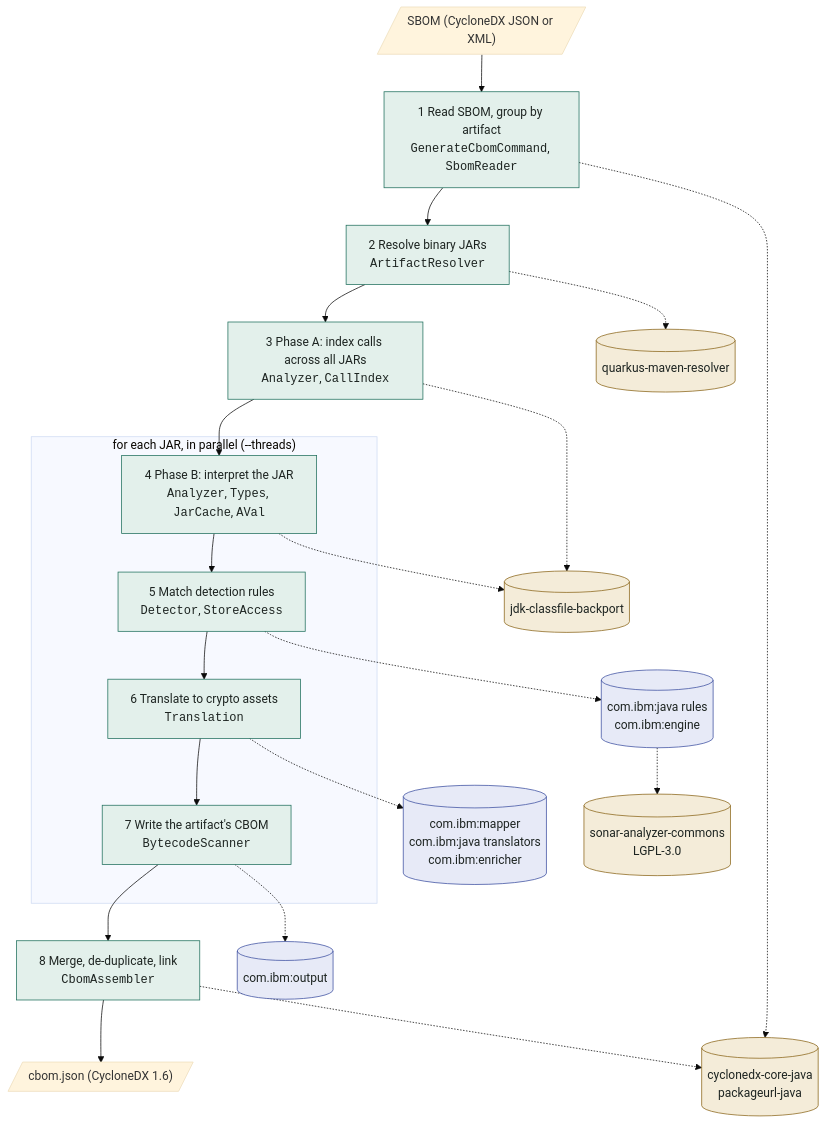
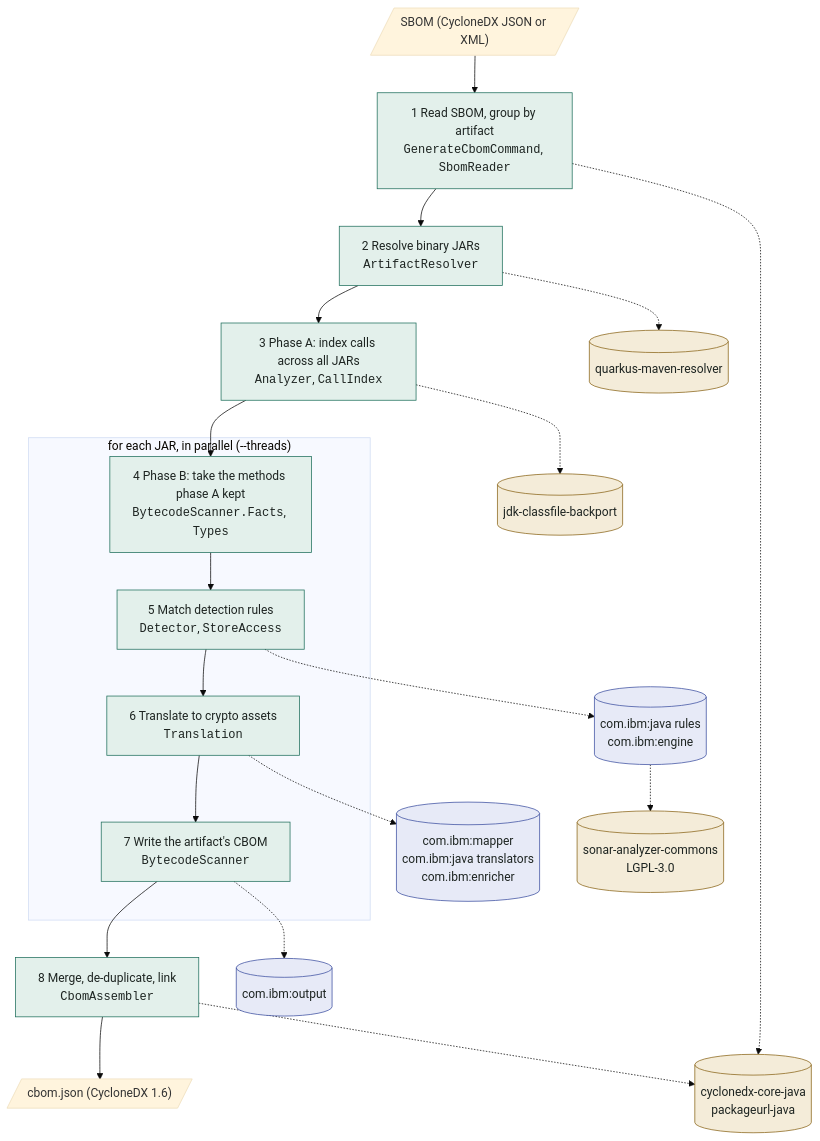
The diagram in docs/architecture.md (aloubyansky/cryptid), drawn with Mermaid (base theme) before and after one commit. The commit also changed other lines of this file and 5 other files, not shown here.

Commit message:
Share results of bytecode interpretation when building call index with the rule matching phase

````diff
--- a/docs/architecture.md
+++ b/docs/architecture.md
@@ -35,40 +35,39 @@
 ```mermaid
 flowchart TB
   sbom[/"SBOM (CycloneDX JSON or XML)"/]
   s1["1 Read SBOM, group by artifact<br/><code>GenerateCbomCommand</code>, <code>SbomReader</code>"]
   s2["2 Resolve binary JARs<br/><code>ArtifactResolver</code>"]
   s3["3 Phase A: index calls across all JARs<br/><code>Analyzer</code>, <code>CallIndex</code>"]
   subgraph perjar["for each JAR, in parallel (--threads)"]
-    s4["4 Phase B: interpret the JAR<br/><code>Analyzer</code>, <code>Types</code>, <code>JarCache</code>, <code>AVal</code>"]
+    s4["4 Phase B: take the methods phase A kept<br/><code>BytecodeScanner.Facts</code>, <code>Types</code>"]
     s5["5 Match detection rules<br/><code>Detector</code>, <code>StoreAccess</code>"]
     s6["6 Translate to crypto assets<br/><code>Translation</code>"]
     s7["7 Write the artifact's CBOM<br/><code>BytecodeScanner</code>"]
   end
   s8["8 Merge, de-duplicate, link<br/><code>CbomAssembler</code>"]
   cbom[/"cbom.json (CycloneDX 1.6)"/]
   sbom --> s1 --> s2 --> s3 --> s4 --> s5 --> s6 --> s7 --> s8 --> cbom
 
   cdx[("cyclonedx-core-java<br/>packageurl-java")]
   mvn[("quarkus-maven-resolver")]
   cf[("jdk-classfile-backport")]
   rules[("com.ibm:java rules<br/>com.ibm:engine")]
   sac[("sonar-analyzer-commons<br/>LGPL-3.0")]
   mapper[("com.ibm:mapper<br/>com.ibm:java translators<br/>com.ibm:enricher")]
   out[("com.ibm:output")]
   s1 -.-> cdx
   s2 -.-> mvn
   s3 -.-> cf
-  s4 -.-> cf
   s5 -.-> rules
   rules -.-> sac
   s6 -.-> mapper
   s7 -.-> out
   s8 -.-> cdx
 
   classDef ours fill:#e3f0eb,stroke:#1f6f5c,color:#1d2421
   classDef ibm fill:#e7eaf7,stroke:#3b4fa0,color:#1d2421
   classDef lib fill:#f4ecd9,stroke:#8a6418,color:#1d2421
   class s1,s2,s3,s4,s5,s6,s7,s8 ours
   class rules,mapper,out ibm
   class cdx,mvn,cf,sac lib
 ```
````
